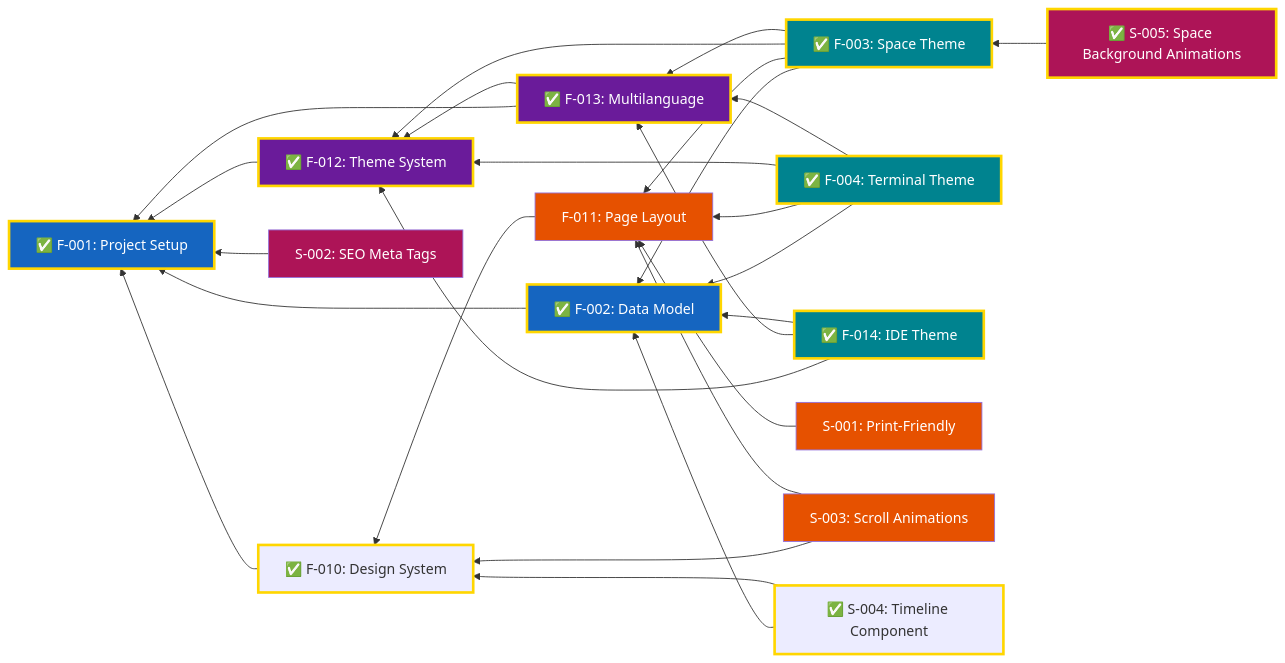
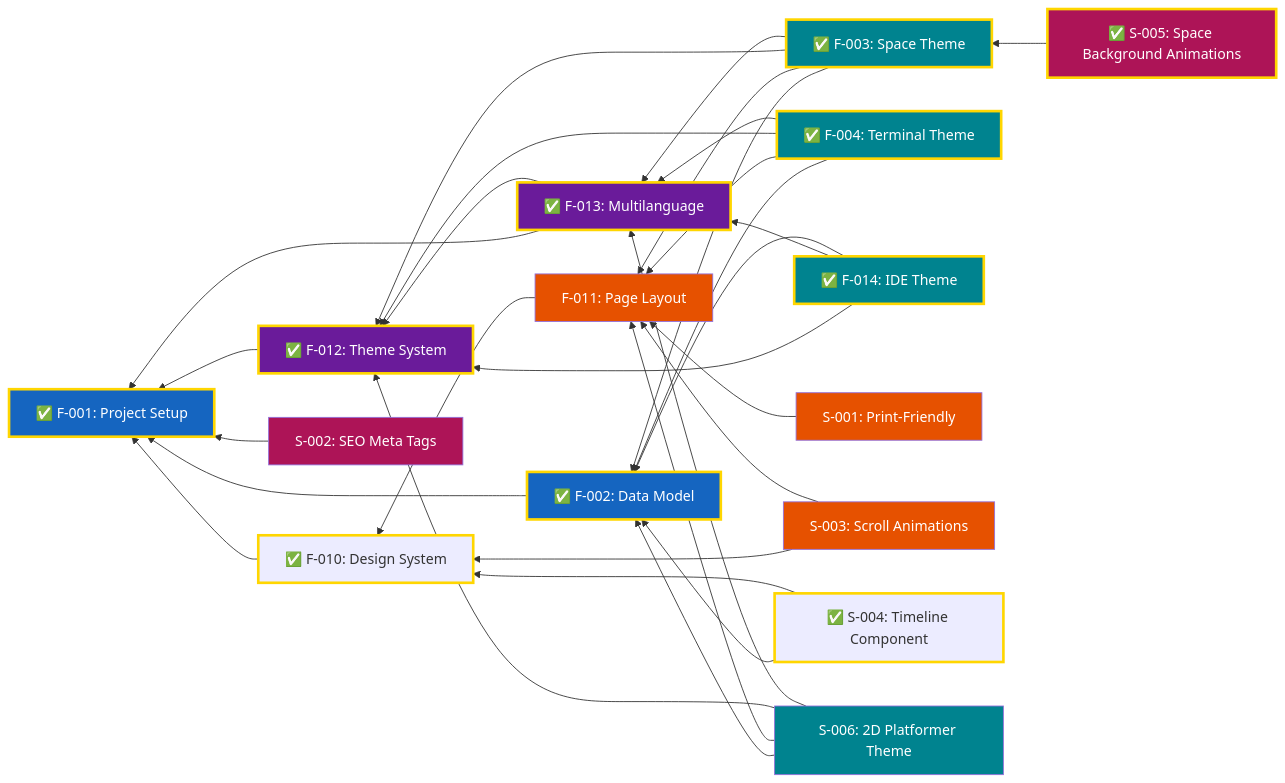
One commit to garcipat/cv-website changed the diagram in docs/Features.md. Above: the diagram before and after it, drawn with Mermaid. The commit also changed other lines of this file and 13 other files, not shown here.

Commit message:
add idea for 2d platformer theme

````diff
--- a/docs/Features.md
+++ b/docs/Features.md
@@ -69,65 +71,70 @@
 ```mermaid
 graph RL
     F001["✅ F-001: Project Setup"]
     F002["✅ F-002: Data Model"]
     F003["✅ F-003: Space Theme"]
     F004["✅ F-004: Terminal Theme"]
     F010["✅ F-010: Design System"]
     F011["F-011: Page Layout"]
     F012["✅ F-012: Theme System"]
     F013["✅ F-013: Multilanguage"]
     F014["✅ F-014: IDE Theme"]
     S001["S-001: Print-Friendly"]
     S002["S-002: SEO Meta Tags"]
     S003["S-003: Scroll Animations"]
     S004["✅ S-004: Timeline Component"]
     S005["✅ S-005: Space Background Animations"]
+    S006["S-006: 2D Platformer Theme"]
 
     F003 --> F002
     F003 --> F011
     F003 --> F012
     F003 --> F013
     F004 --> F002
     F004 --> F011
     F004 --> F012
     F004 --> F013
     F002 --> F001
     F010 --> F001
     F011 --> F010
     F012 --> F001
     F013 --> F001
     F013 --> F012
     F014 --> F012
     F014 --> F013
     F014 --> F002
     S001 --> F011
     S002 --> F001
     S003 --> F010
     S003 --> F011
     S004 --> F002
     S004 --> F010
     S005 --> F003
+    S006 --> F002
+    S006 --> F011
+    S006 --> F012
+    S006 --> F013
 
     classDef done stroke:#FFD600,stroke-width:3px
     classDef projectSetup fill:#1565C0,color:#ffffff
     classDef layoutNavigation fill:#E65100,color:#ffffff
     classDef themeInfrastructure fill:#6A1B9A,color:#ffffff
     classDef themes fill:#00838F,color:#ffffff
     classDef enhancements fill:#AD1457,color:#ffffff
 
     class F001 done
     class F002 done
     class F001,F002 projectSetup
     class F010 done
     class F012 done
     class F013 done
     class F003 done
     class F004 done
-    class F003,F004,F014 themes
+    class F003,F004,F014,S006 themes
     class F011,S001,S003 layoutNavigation
     class F012,F013 themeInfrastructure
     class F014 done
     class S004 done
     class S002,S005 enhancements
     class S005 done
 ```
````
